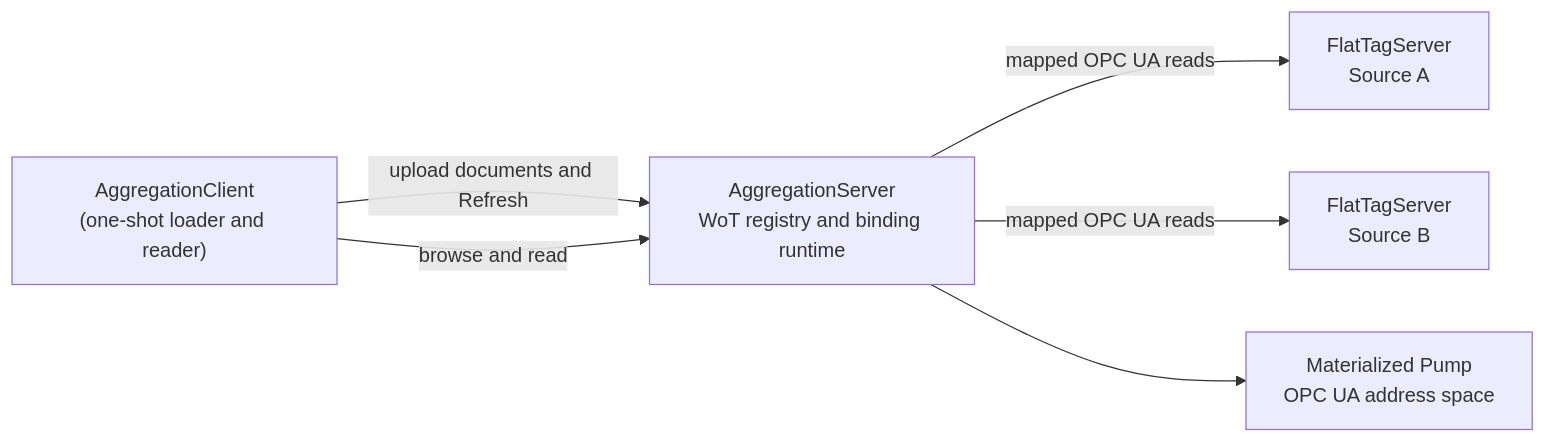
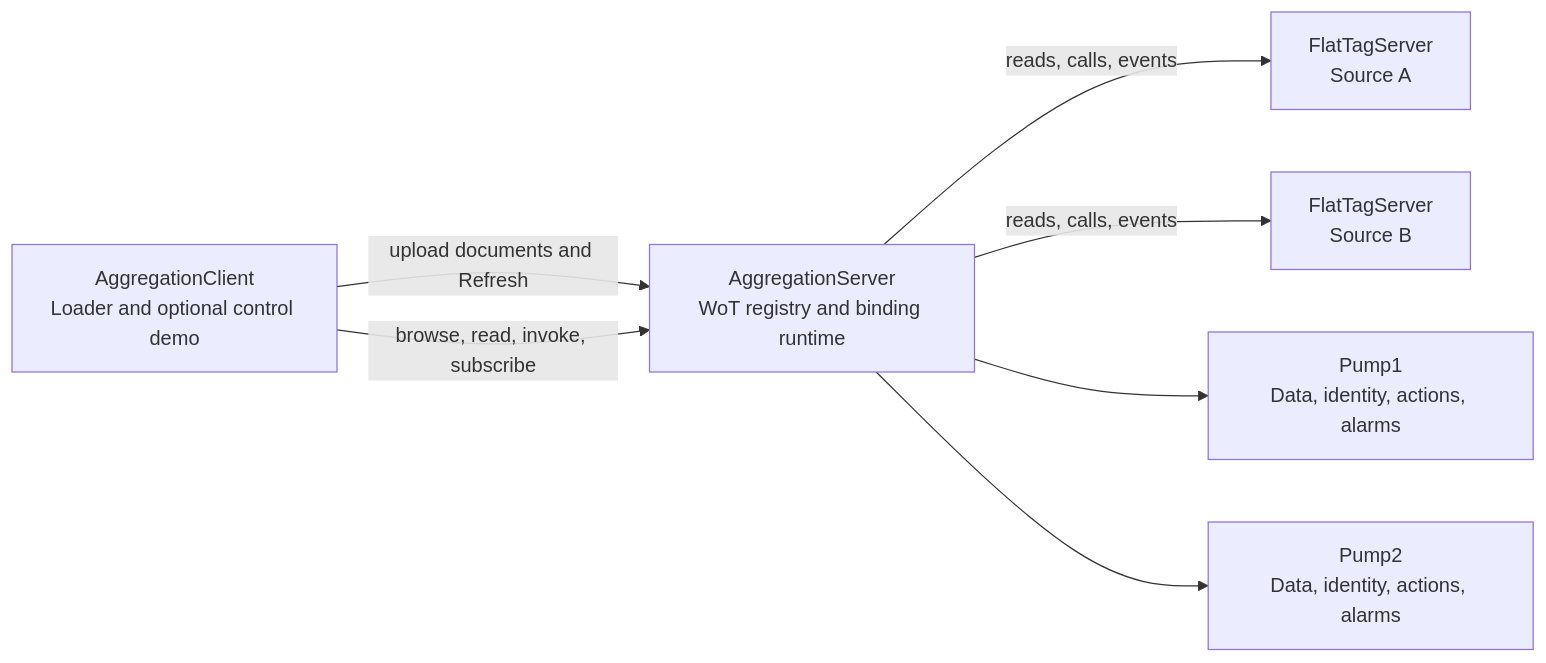
One commit to OPCFoundation/UA-.NETStandard changed the diagram in samples/WotCon/README.md. Above: the diagram before and after it, drawn with Mermaid. The commit also changed other lines of this file and 672 other files, not shown here.

First line of the commit message:
Complete WoT preservation and two-pump aggregation

````diff
--- a/samples/WotCon/README.md
+++ b/samples/WotCon/README.md
@@ -13,14 +16,16 @@
 ```mermaid
 flowchart LR
-    client["AggregationClient<br/>(one-shot loader and reader)"]
+    client["AggregationClient<br/>Loader and optional control demo"]
     aggregation["AggregationServer<br/>WoT registry and binding runtime"]
     sourceA["FlatTagServer<br/>Source A"]
     sourceB["FlatTagServer<br/>Source B"]
-    pump["Materialized Pump<br/>OPC UA address space"]
+    pump1["Pump1<br/>Data, identity, actions, alarms"]
+    pump2["Pump2<br/>Data, identity, actions, alarms"]
 
     client -->|"upload documents and Refresh"| aggregation
-    client -->|"browse and read"| aggregation
-    aggregation -->|"mapped OPC UA reads"| sourceA
-    aggregation -->|"mapped OPC UA reads"| sourceB
-    aggregation --> pump
+    client -->|"browse, read, invoke, subscribe"| aggregation
+    aggregation -->|"reads, calls, events"| sourceA
+    aggregation -->|"reads, calls, events"| sourceB
+    aggregation --> pump1
+    aggregation --> pump2
 ```
````
